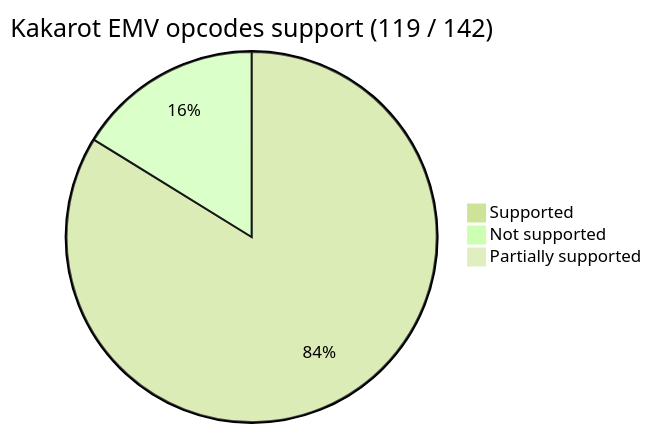
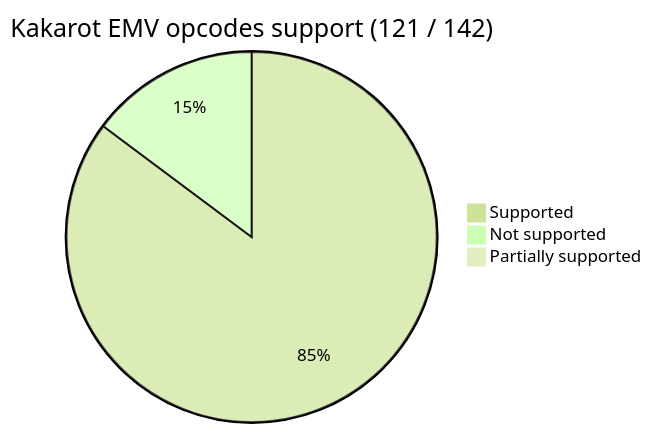
One commit to kkrt-labs/kakarot changed the first of 2 diagrams in README.md. Above: the diagram before and after it, drawn with Mermaid. The commit also changed 1 other file, not shown here.

Commit message:
📝 update supported opcodes

````diff
--- a/README.md
+++ b/README.md
@@ -38,9 +38,9 @@
 ```mermaid
 %%{init: {'theme': 'forest', 'themeVariables': { 'darkMode': 'false'}}}%%
 
-pie title Kakarot EMV opcodes support (119 / 142)
-    "Supported" : 119
-    "Not supported" : 23
+pie title Kakarot EMV opcodes support (121 / 142)
+    "Supported" : 121
+    "Not supported" : 21
 
     "Partially supported" : 0
 ```
````
